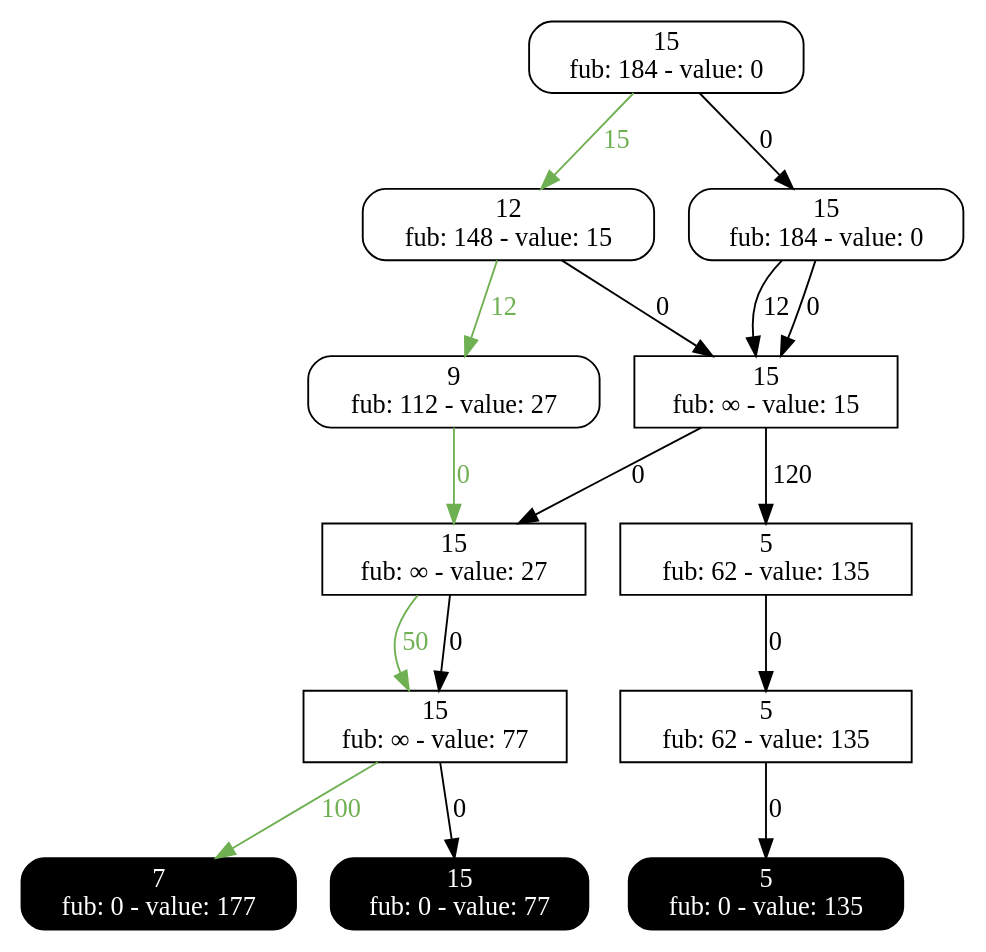
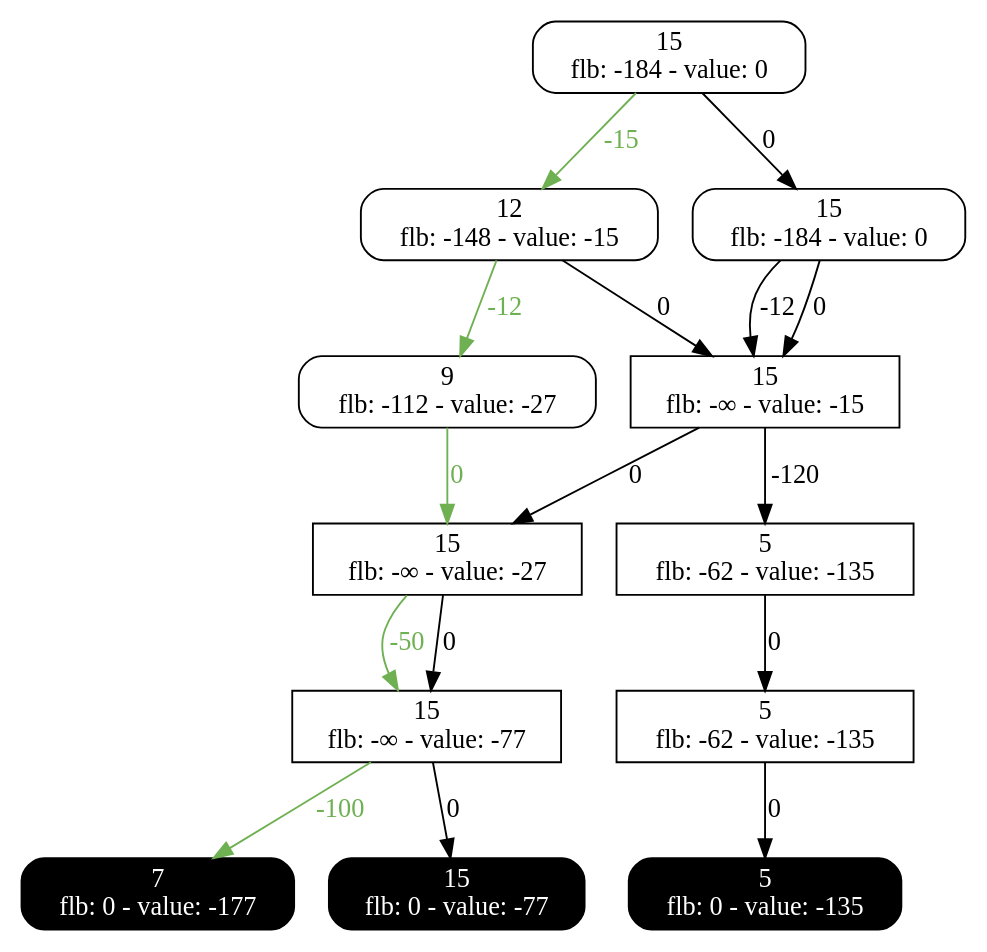
The diagram in output/KS_relaxed.dot (DDOLIB-CETIC-UCL/DDOLib), drawn with Graphviz before and after one commit. The commit also changed 5 other files, not shown here.

```diff
--- a/output/KS_relaxed.dot
+++ b/output/KS_relaxed.dot
@@ -1,41 +1,41 @@
 digraph relaxed{
-14 [label="15
-fub: 184 - value: 0", style=rounded, shape=rectangle, tooltip="Exact node"];
-15 [label="12
-fub: 148 - value: 15", style=rounded, shape=rectangle, tooltip="Exact node"];
-16 [label="15
-fub: 184 - value: 0", style=rounded, shape=rectangle, tooltip="Exact node"];
-17 [label="9
-fub: 112 - value: 27", style=rounded, shape=rectangle, tooltip="Exact node"];
-20 [label="15
-fub: ∞ - value: 15", shape=box, tooltip="Relaxed node"];
-22 [label="5
-fub: 62 - value: 135", shape=box, tooltip="Relaxed node"];
-24 [label="15
-fub: ∞ - value: 27", shape=box, tooltip="Relaxed node"];
-25 [label="5
-fub: 62 - value: 135", shape=box, tooltip="Relaxed node"];
-28 [label="15
-fub: ∞ - value: 77", shape=box, tooltip="Relaxed node"];
-29 [label="5
-fub: 0 - value: 135", shape=box, tooltip="Relaxed node", style="filled, rounded", shape=rectangle, color=black, fontcolor=white, tooltip="Terminal node"];
-30 [label="7
-fub: 0 - value: 177", shape=box, tooltip="Relaxed node", style="filled, rounded", shape=rectangle, color=black, fontcolor=white, tooltip="Terminal node"];
-31 [label="15
-fub: 0 - value: 77", shape=box, tooltip="Relaxed node", style="filled, rounded", shape=rectangle, color=black, fontcolor=white, tooltip="Terminal node"];
-15 -> 20 [label=0, tooltip="Decision: assign 0 to var 1"];
-14 -> 15 [label=15, tooltip="Decision: assign 1 to var 0", color="#6fb052", fontcolor="#6fb052"];
-16 -> 20 [label=12, tooltip="Decision: assign 1 to var 1"];
-16 -> 20 [label=0, tooltip="Decision: assign 0 to var 1"];
-20 -> 24 [label=0, tooltip="Decision: assign 0 to var 2"];
-14 -> 16 [label=0, tooltip="Decision: assign 0 to var 0"];
-20 -> 22 [label=120, tooltip="Decision: assign 1 to var 2"];
-28 -> 31 [label=0, tooltip="Decision: assign 0 to var 4"];
-24 -> 28 [label=50, tooltip="Decision: assign 1 to var 3", color="#6fb052", fontcolor="#6fb052"];
-25 -> 29 [label=0, tooltip="Decision: assign 0 to var 4"];
-24 -> 28 [label=0, tooltip="Decision: assign 0 to var 3"];
-22 -> 25 [label=0, tooltip="Decision: assign 0 to var 3"];
-28 -> 30 [label=100, tooltip="Decision: assign 1 to var 4", color="#6fb052", fontcolor="#6fb052"];
-15 -> 17 [label=12, tooltip="Decision: assign 1 to var 1", color="#6fb052", fontcolor="#6fb052"];
-17 -> 24 [label=0, tooltip="Decision: assign 0 to var 2", color="#6fb052", fontcolor="#6fb052"];
+13 [label="15
+flb: -184 - value: 0", style=rounded, shape=rectangle, tooltip="Exact node"];
+14 [label="12
+flb: -148 - value: -15", style=rounded, shape=rectangle, tooltip="Exact node"];
+15 [label="15
+flb: -184 - value: 0", style=rounded, shape=rectangle, tooltip="Exact node"];
+16 [label="9
+flb: -112 - value: -27", style=rounded, shape=rectangle, tooltip="Exact node"];
+19 [label="15
+flb: -∞ - value: -15", shape=box, tooltip="Relaxed node"];
+21 [label="5
+flb: -62 - value: -135", shape=box, tooltip="Relaxed node"];
+23 [label="15
+flb: -∞ - value: -27", shape=box, tooltip="Relaxed node"];
+24 [label="5
+flb: -62 - value: -135", shape=box, tooltip="Relaxed node"];
+27 [label="15
+flb: -∞ - value: -77", shape=box, tooltip="Relaxed node"];
+28 [label="5
+flb: 0 - value: -135", shape=box, tooltip="Relaxed node", style="filled, rounded", shape=rectangle, color=black, fontcolor=white, tooltip="Terminal node"];
+29 [label="7
+flb: 0 - value: -177", shape=box, tooltip="Relaxed node", style="filled, rounded", shape=rectangle, color=black, fontcolor=white, tooltip="Terminal node"];
+30 [label="15
+flb: 0 - value: -77", shape=box, tooltip="Relaxed node", style="filled, rounded", shape=rectangle, color=black, fontcolor=white, tooltip="Terminal node"];
+14 -> 16 [label=-12, tooltip="Decision: assign 1 to var 1", color="#6fb052", fontcolor="#6fb052"];
+16 -> 23 [label=0, tooltip="Decision: assign 0 to var 2", color="#6fb052", fontcolor="#6fb052"];
+19 -> 23 [label=0, tooltip="Decision: assign 0 to var 2"];
+13 -> 14 [label=-15, tooltip="Decision: assign 1 to var 0", color="#6fb052", fontcolor="#6fb052"];
+27 -> 29 [label=-100, tooltip="Decision: assign 1 to var 4", color="#6fb052", fontcolor="#6fb052"];
+21 -> 24 [label=0, tooltip="Decision: assign 0 to var 3"];
+14 -> 19 [label=0, tooltip="Decision: assign 0 to var 1"];
+23 -> 27 [label=-50, tooltip="Decision: assign 1 to var 3", color="#6fb052", fontcolor="#6fb052"];
+15 -> 19 [label=-12, tooltip="Decision: assign 1 to var 1"];
+13 -> 15 [label=0, tooltip="Decision: assign 0 to var 0"];
+15 -> 19 [label=0, tooltip="Decision: assign 0 to var 1"];
+23 -> 27 [label=0, tooltip="Decision: assign 0 to var 3"];
+24 -> 28 [label=0, tooltip="Decision: assign 0 to var 4"];
+27 -> 30 [label=0, tooltip="Decision: assign 0 to var 4"];
+19 -> 21 [label=-120, tooltip="Decision: assign 1 to var 2"];
 }
```
